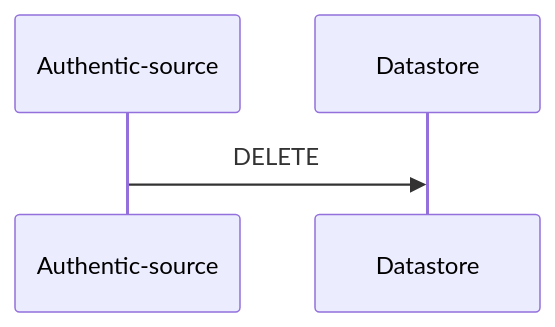
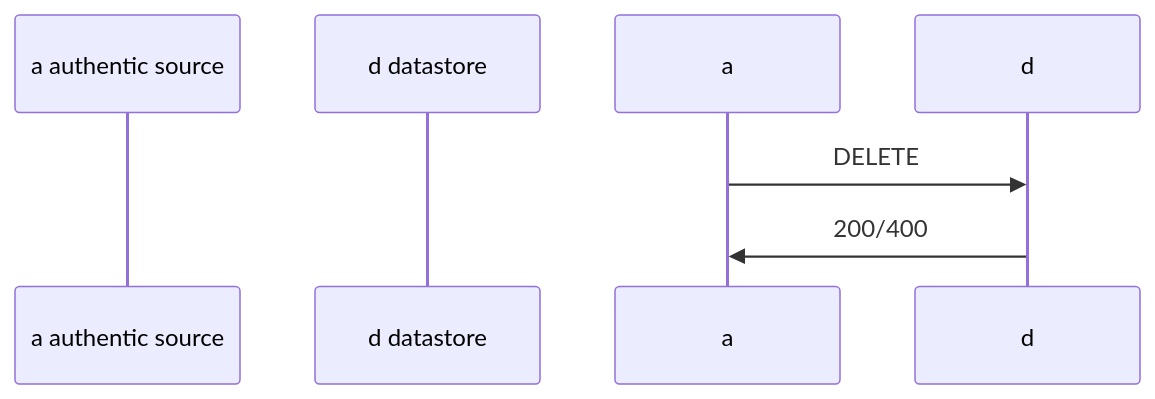
Before and after one commit to dc4eu/vc: the third of 8 diagrams in standards/apiv21.md, drawn with Mermaid. The commit also changed other lines of this file, not shown here.

Commit message:
Add aliases in mermaid.

````diff
--- a/standards/apiv21.md
+++ b/standards/apiv21.md
@@ -147,4 +152,7 @@
 ```mermaid
 sequenceDiagram;
-    Authentic-source->>Datastore: DELETE ;
+    participant a authentic source;
+    participant d datastore;
+    a->>d: DELETE;
+    d->>a: 200/400;
 ```
````
